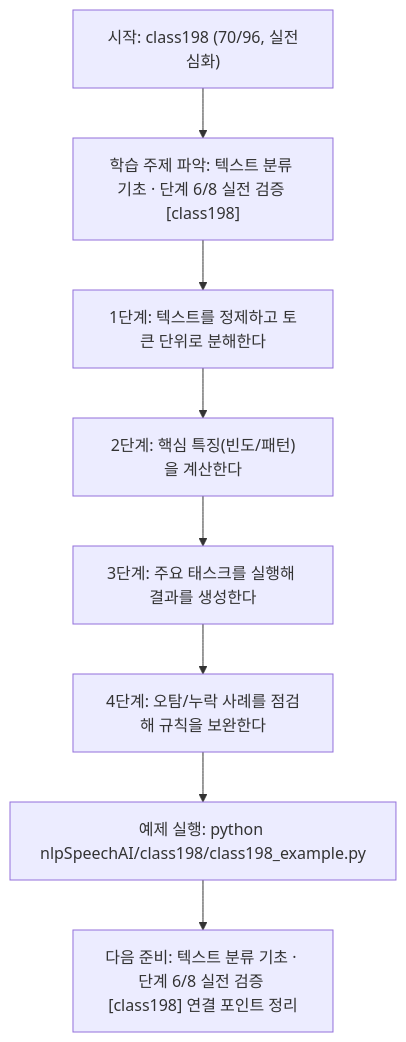
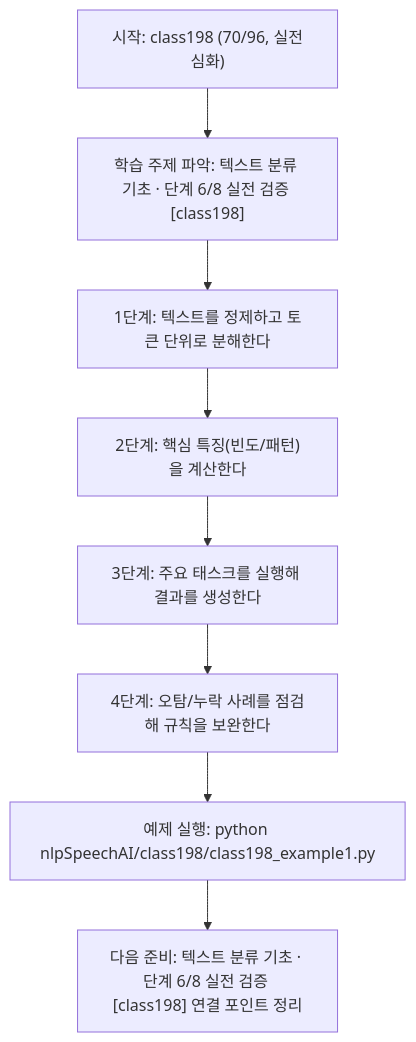
Before and after one commit to edumgt/Python-AI_Agent-Class: the diagram in nlpSpeechAI/class198/class198.md, drawn with Mermaid. The commit also changed other lines of this file and 2959 other files, not shown here.

````diff
--- a/nlpSpeechAI/class198/class198.md
+++ b/nlpSpeechAI/class198/class198.md
@@ -114,18 +114,18 @@
 ```mermaid
 flowchart TD
 N1["시작: class198 (70/96, 실전심화)"]
 N2["학습 주제 파악: 텍스트 분류 기초 · 단계 6/8 실전 검증 [class198]"]
 N3["1단계: 텍스트를 정제하고 토큰 단위로 분해한다"]
 N4["2단계: 핵심 특징(빈도/패턴)을 계산한다"]
 N5["3단계: 주요 태스크를 실행해 결과를 생성한다"]
 N6["4단계: 오탐/누락 사례를 점검해 규칙을 보완한다"]
-N7["예제 실행: python nlpSpeechAI/class198/class198_example.py"]
+N7["예제 실행: python nlpSpeechAI/class198/class198_example1.py"]
 N8["다음 준비: 텍스트 분류 기초 · 단계 6/8 실전 검증 [class198] 연결 포인트 정리"]
 N1 --> N2
 N2 --> N3
 N3 --> N4
 N4 --> N5
 N5 --> N6
 N6 --> N7
 N7 --> N8
 ```
````
